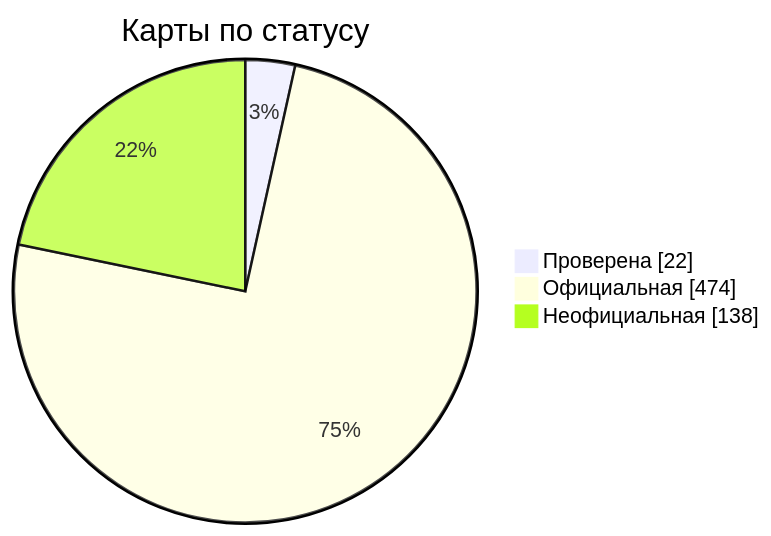
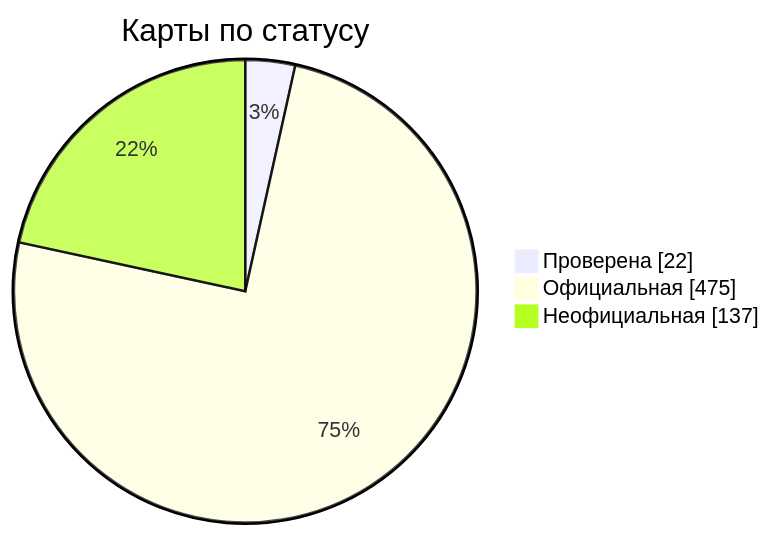
The diagram in docs/readme/README_RU.md (nobrega8/mbmap-library), drawn with Mermaid before and after one commit. The commit also changed 8 other files, not shown here.

````diff
--- a/docs/readme/README_RU.md
+++ b/docs/readme/README_RU.md
@@ -54,7 +54,7 @@
 ```mermaid
 pie showData
     title Карты по статусу
     "Проверена" : 22
-    "Официальная" : 474
-    "Неофициальная" : 138
+    "Официальная" : 475
+    "Неофициальная" : 137
 ```
````
